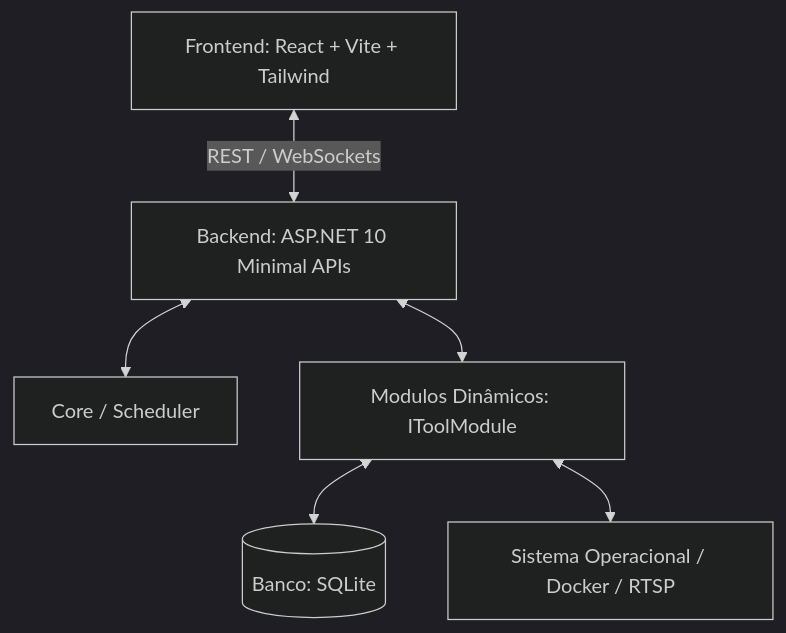
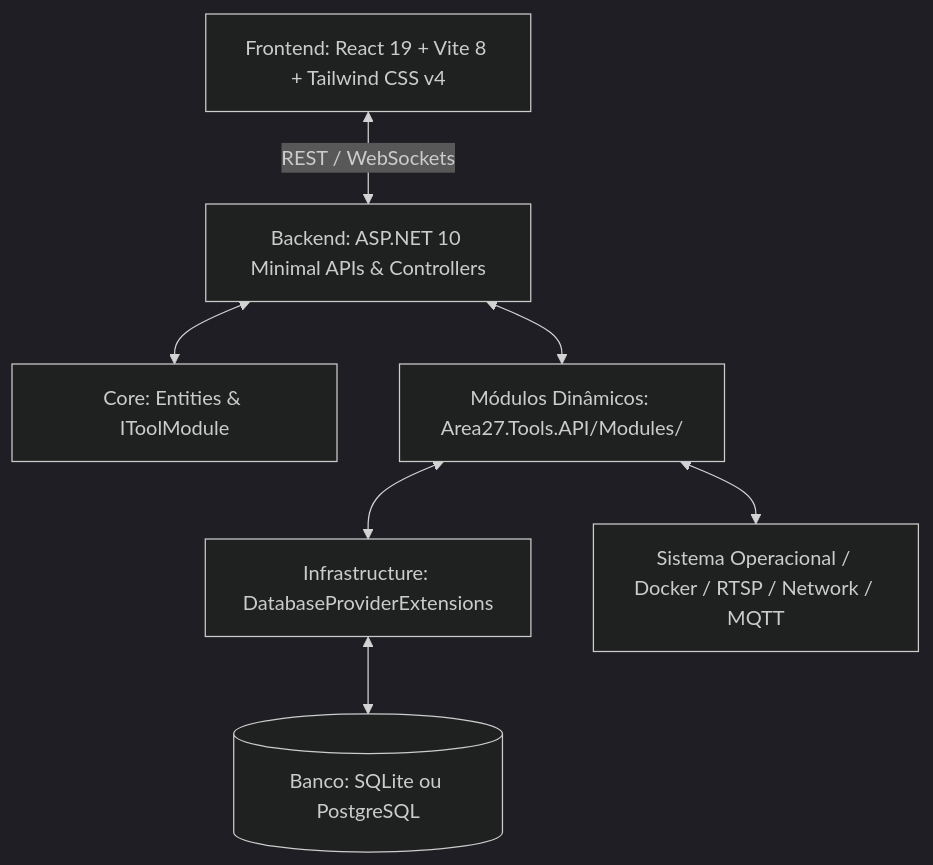
The diagram in Cérebro/01 - Arquitetura/Visão Geral da Arquitetura.md (djcristianosgp/area27_tools), drawn with Mermaid (dark theme) before and after one commit. The commit also changed other lines of this file and 9 other files, not shown here.

Commit message:
feat: add developer guidelines for backend, frontend, and module creation workflows

````diff
--- a/Cérebro/01 - Arquitetura/Visão Geral da Arquitetura.md
+++ b/Cérebro/01 - Arquitetura/Visão Geral da Arquitetura.md
@@ -9,8 +9,9 @@
 ```mermaid
 graph TD
-    UI[Frontend: React + Vite + Tailwind] <-->|REST / WebSockets| API[Backend: ASP.NET 10 Minimal APIs]
-    API <--> Core[Core / Scheduler]
-    API <--> Modules[Modulos Dinâmicos: IToolModule]
-    Modules <--> DB[(Banco: SQLite)]
-    Modules <--> OS[Sistema Operacional / Docker / RTSP]
+    UI[Frontend: React 19 + Vite 8 + Tailwind CSS v4] <-->|REST / WebSockets| API[Backend: ASP.NET 10 Minimal APIs & Controllers]
+    API <--> Core[Core: Entities & IToolModule]
+    API <--> Modules[Módulos Dinâmicos: Area27.Tools.API/Modules/]
+    Modules <--> Infra[Infrastructure: DatabaseProviderExtensions]
+    Infra <--> DB[(Banco: SQLite ou PostgreSQL)]
+    Modules <--> OS[Sistema Operacional / Docker / RTSP / Network / MQTT]
 ```
````
